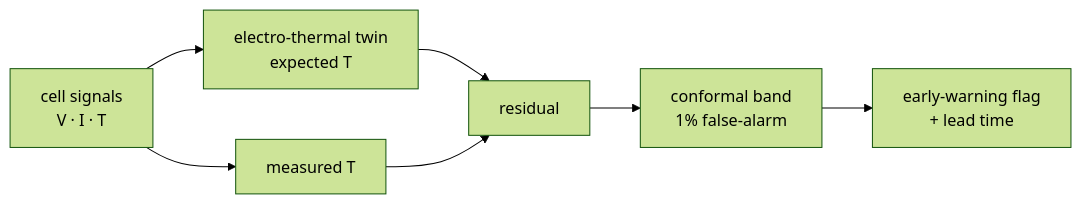
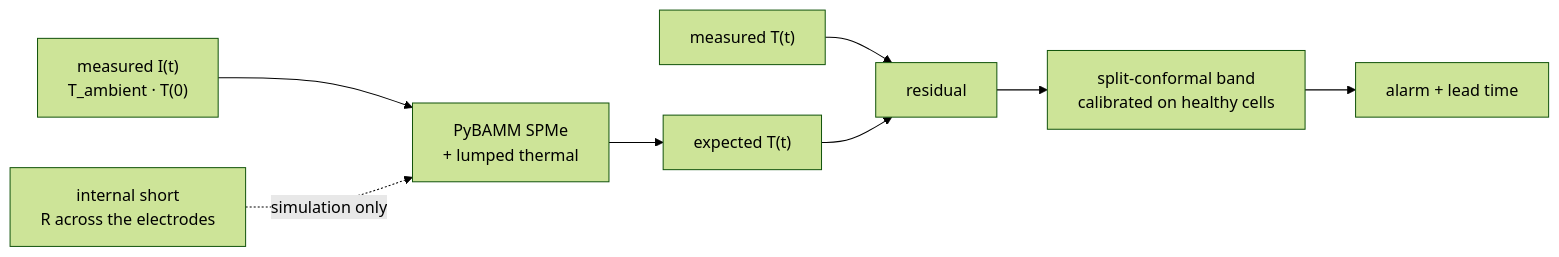
Before and after one commit to gggg8657/thermal-runaway-sentinel: the diagram in README.md, drawn with Mermaid (forest theme). The commit also changed other lines of this file and 19 other files, not shown here.

````diff
--- a/README.md
+++ b/README.md
@@ -9,9 +9,10 @@
 ```mermaid
 flowchart LR
-  X["cell signals<br/>V · I · T"] --> TW["electro-thermal twin<br/>expected T"]
-  X --> M["measured T"]
-  TW --> R["residual"]
-  M --> R
-  R --> CB["conformal band<br/>1% false-alarm"]
-  CB --> W["early-warning flag<br/>+ lead time"]
+  X["measured I(t)<br/>T_ambient · T(0)"] --> TW["PyBAMM SPMe<br/>+ lumped thermal"]
+  TW --> P["expected T(t)"]
+  M["measured T(t)"] --> R["residual"]
+  P --> R
+  R --> CB["split-conformal band<br/>calibrated on healthy cells"]
+  CB --> W["alarm + lead time"]
+  F["internal short<br/>R across the electrodes"] -.->|simulation only| TW
 ```
````
